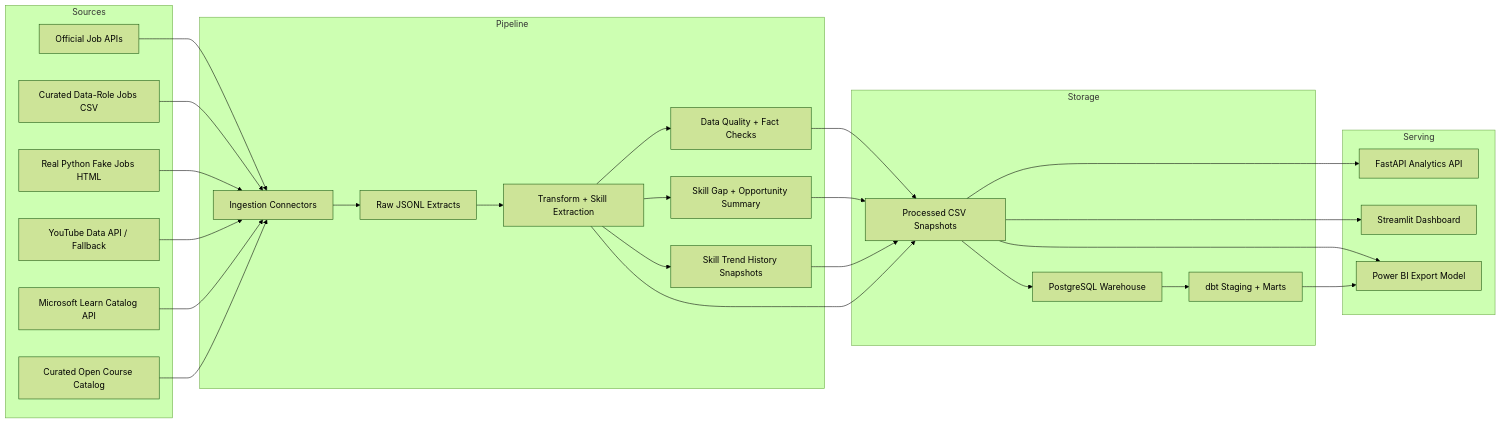
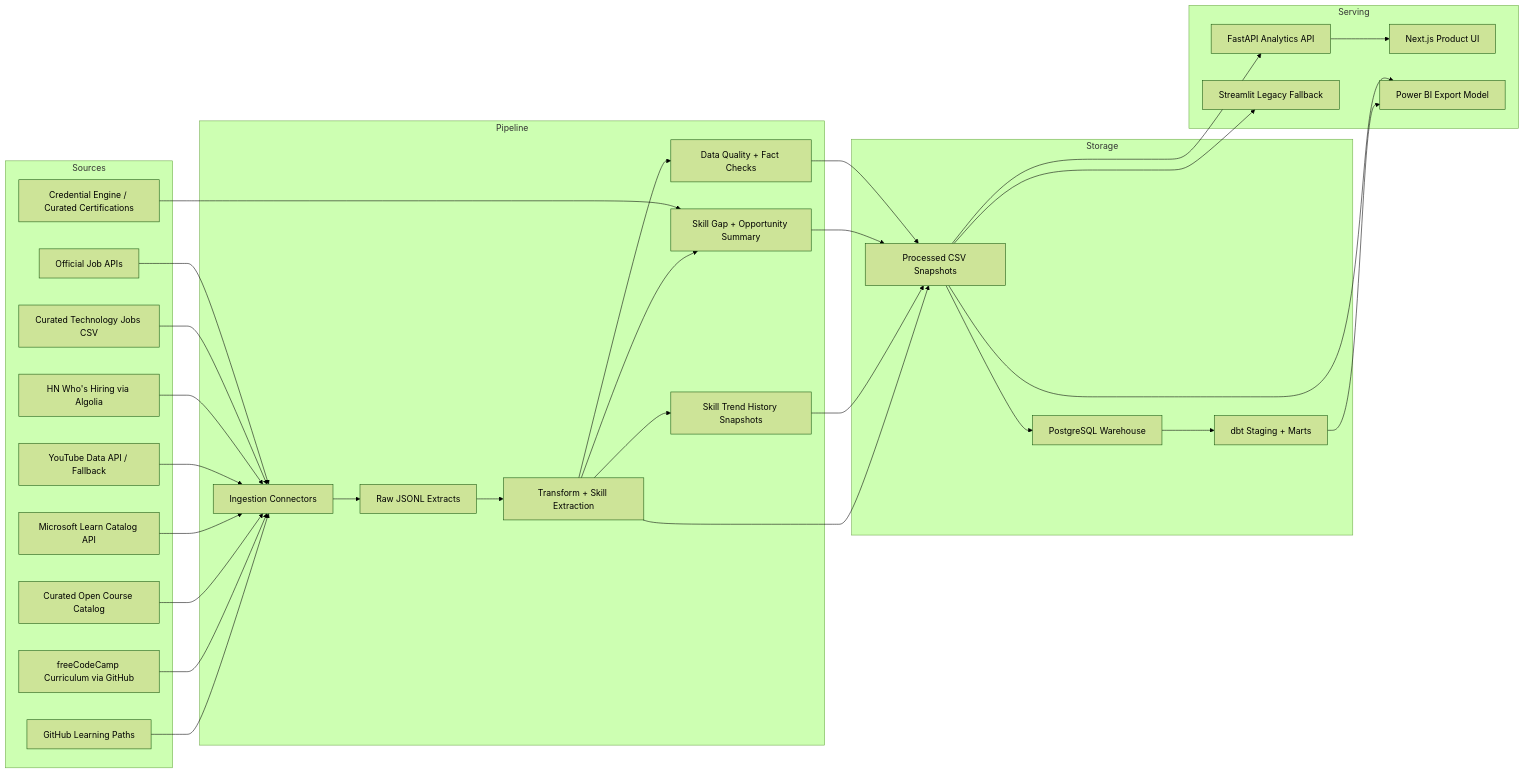
The diagram in README.md (Sarthak2661/SkillSync), drawn with Mermaid (forest theme) before and after one commit. The commit also changed other lines of this file and 178 other files, not shown here.

````diff
--- a/README.md
+++ b/README.md
@@ -82,54 +94,62 @@
 ```mermaid
 flowchart LR
     subgraph Sources
         J1["Official Job APIs"]
-        J2["Curated Data-Role Jobs CSV"]
-        J3["Real Python Fake Jobs HTML"]
+        J2["Curated Technology Jobs CSV"]
+        J3["HN Who's Hiring via Algolia"]
         C1["YouTube Data API / Fallback"]
         C2["Microsoft Learn Catalog API"]
         C3["Curated Open Course Catalog"]
+        C4["freeCodeCamp Curriculum via GitHub"]
+        C5["GitHub Learning Paths"]
+        K1["Credential Engine / Curated Certifications"]
     end
 
     subgraph Pipeline
         I["Ingestion Connectors"]
         R["Raw JSONL Extracts"]
         T["Transform + Skill Extraction"]
         Q["Data Quality + Fact Checks"]
         G["Skill Gap + Opportunity Summary"]
         H["Skill Trend History Snapshots"]
     end
 
     subgraph Storage
         CSV["Processed CSV Snapshots"]
         PG["PostgreSQL Warehouse"]
         DBT["dbt Staging + Marts"]
     end
 
     subgraph Serving
         API["FastAPI Analytics API"]
-        ST["Streamlit Dashboard"]
+        WEB["Next.js Product UI"]
+        ST["Streamlit Legacy Fallback"]
         PBI["Power BI Export Model"]
     end
 
     J1 --> I
     J2 --> I
     J3 --> I
     C1 --> I
     C2 --> I
     C3 --> I
+    C4 --> I
+    C5 --> I
+    K1 --> G
     I --> R
     R --> T
     T --> Q
     T --> G
     T --> H
     Q --> CSV
     G --> CSV
     H --> CSV
     T --> CSV
     CSV --> API
+    API --> WEB
     CSV --> ST
     CSV --> PBI
     CSV --> PG
     PG --> DBT
     DBT --> PBI
 ```
````
